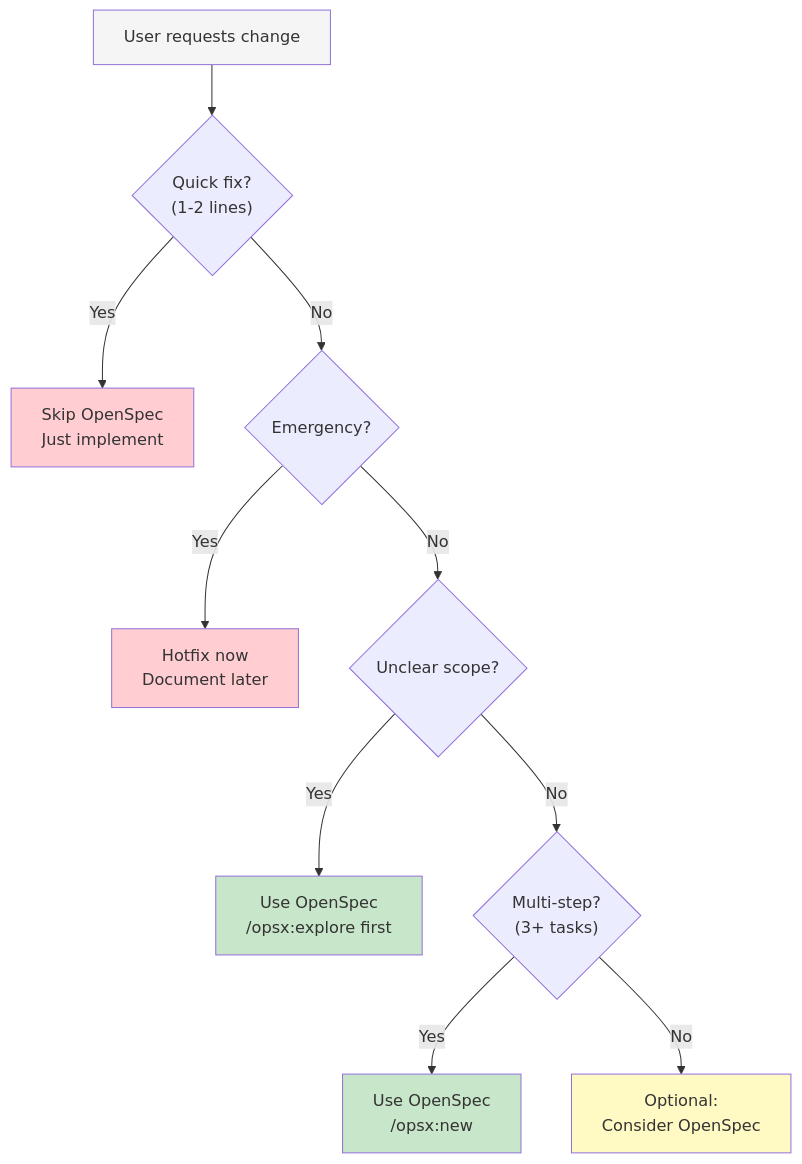
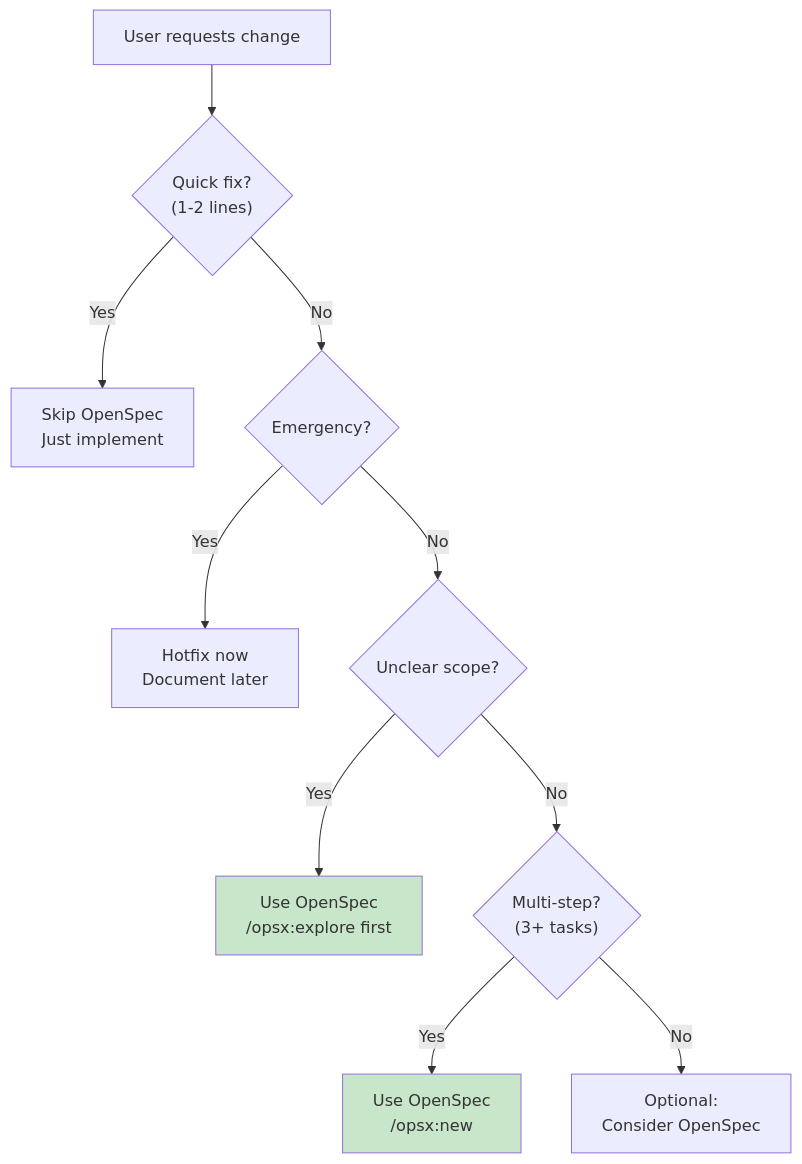
One commit to amauryconstant/openspec-extended changed the fifth of 6 diagrams in resources/claude/skills/openspec-concepts/SKILL.md. Above: the diagram before and after it, drawn with Mermaid. The commit also changed other lines of this file and 13 other files, not shown here.

First line of the commit message:
Restructure openspec-concepts with anti-patterns and JSON schemas

````diff
--- a/resources/claude/skills/openspec-concepts/SKILL.md
+++ b/resources/claude/skills/openspec-concepts/SKILL.md
@@ -444,35 +248,31 @@
 ```mermaid
 graph TB
     start["User requests change"]
     
     q1{"Quick fix?<br/>(1-2 lines)"}
     skip1["Skip OpenSpec<br/>Just implement"]
     
     q2{"Emergency?"}
     skip2["Hotfix now<br/>Document later"]
     
     q3{"Unclear scope?"}
     use1["Use OpenSpec<br/>/opsx:explore first"]
     
     q4{"Multi-step?<br/>(3+ tasks)"}
     use2["Use OpenSpec<br/>/opsx:new"]
     
     optional["Optional:<br/>Consider OpenSpec"]
     
     start --> q1
     q1 -->|"Yes"| skip1
     q1 -->|"No"| q2
     q2 -->|"Yes"| skip2
     q2 -->|"No"| q3
     q3 -->|"Yes"| use1
     q3 -->|"No"| q4
     q4 -->|"Yes"| use2
     q4 -->|"No"| optional
     
-    style start fill:#f5f5f5
-    style skip1 fill:#ffcdd2
-    style skip2 fill:#ffcdd2
     style use1 fill:#c8e6c9
     style use2 fill:#c8e6c9
-    style optional fill:#fff9c4
 ```
````
